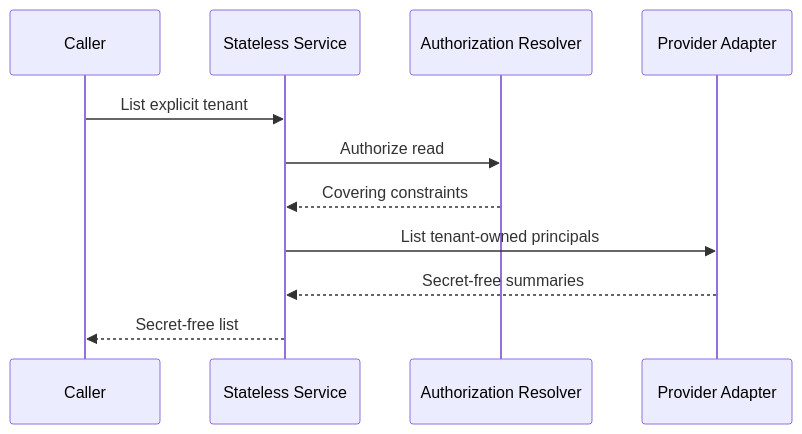
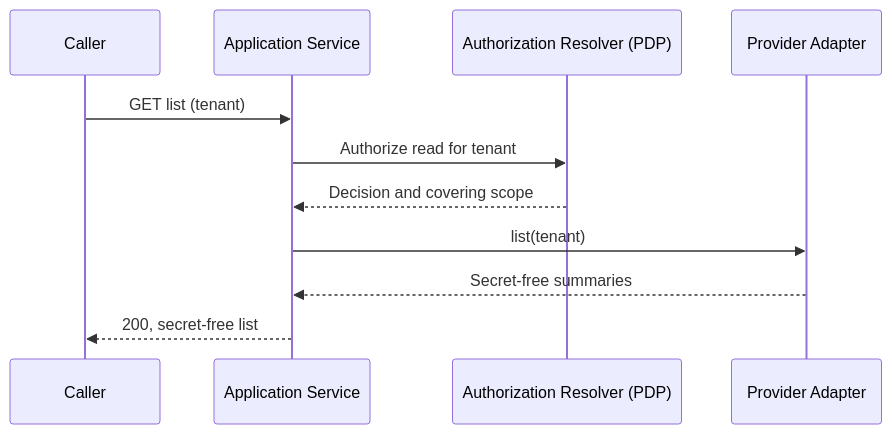
The fourth of 7 diagrams in gears/system/service-principal/docs/DESIGN.md (constructorfabric/gears-rust), drawn with Mermaid before and after one commit. The commit also changed other lines of this file and 28 other files, not shown here.

````diff
--- a/gears/system/service-principal/docs/DESIGN.md
+++ b/gears/system/service-principal/docs/DESIGN.md
@@ -512,14 +546,14 @@
 ```mermaid
 sequenceDiagram
     participant C as Caller
-    participant S as Stateless Service
-    participant Z as Authorization Resolver
+    participant S as Application Service
+    participant Z as Authorization Resolver (PDP)
     participant P as Provider Adapter
 
-    C->>S: List explicit tenant
-    S->>Z: Authorize read
-    Z-->>S: Covering constraints
-    S->>P: List tenant-owned principals
+    C->>S: GET list (tenant)
+    S->>Z: Authorize read for tenant
+    Z-->>S: Decision and covering scope
+    S->>P: list(tenant)
     P-->>S: Secret-free summaries
-    S-->>C: Secret-free list
+    S-->>C: 200, secret-free list
 ```
````
